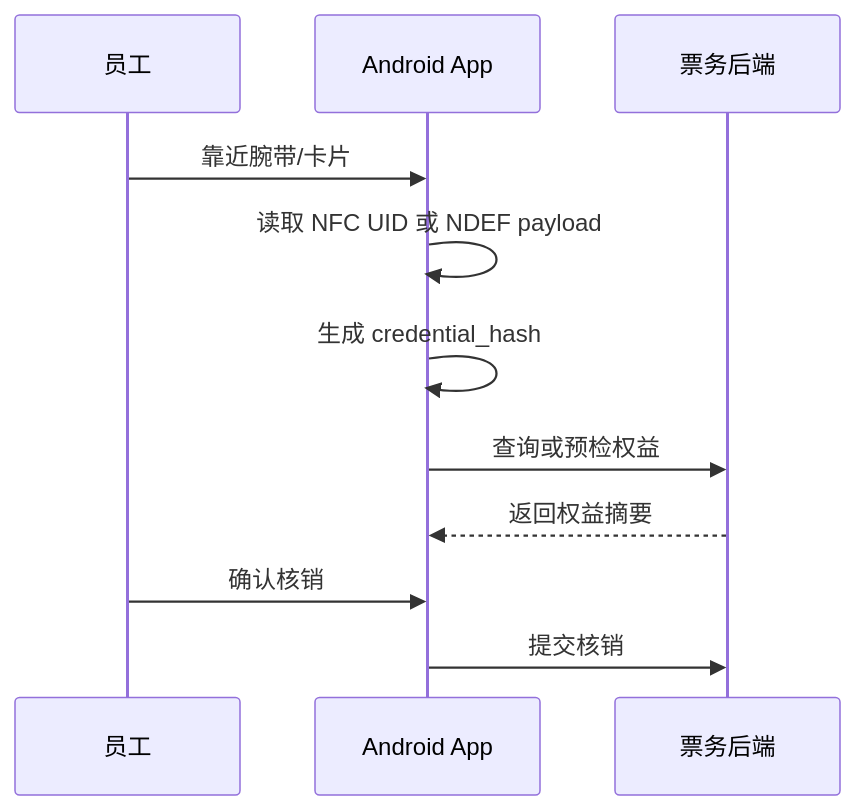
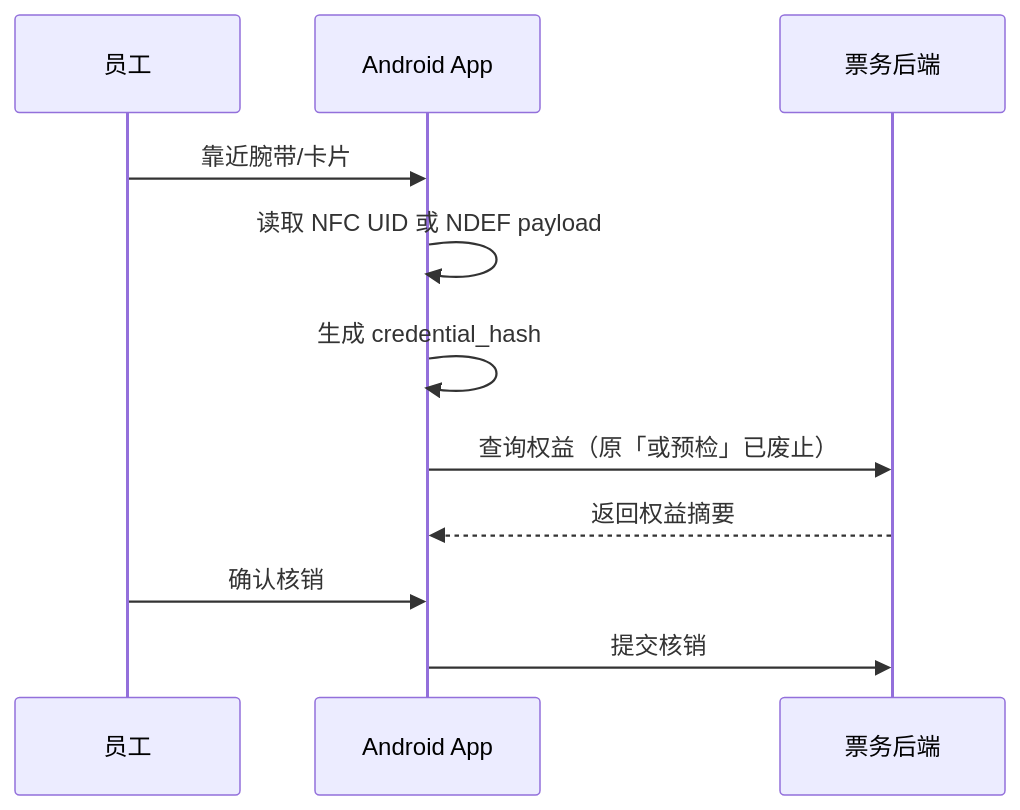
One commit to jxh1979/mall changed the second of 3 diagrams in docs/android-device-terminal-development-design.md. Above: the diagram before and after it, drawn with Mermaid. The commit also changed other lines of this file and 88 other files, not shown here.

````diff
--- a/docs/android-device-terminal-development-design.md
+++ b/docs/android-device-terminal-development-design.md
@@ -648,13 +652,13 @@
 ```mermaid
 sequenceDiagram
     participant U as 员工
     participant A as Android App
     participant T as 票务后端
     U->>A: 靠近腕带/卡片
     A->>A: 读取 NFC UID 或 NDEF payload
     A->>A: 生成 credential_hash
-    A->>T: 查询或预检权益
+    A->>T: 查询权益（原「或预检」已废止）
     T-->>A: 返回权益摘要
     U->>A: 确认核销
     A->>T: 提交核销
 ```
````
